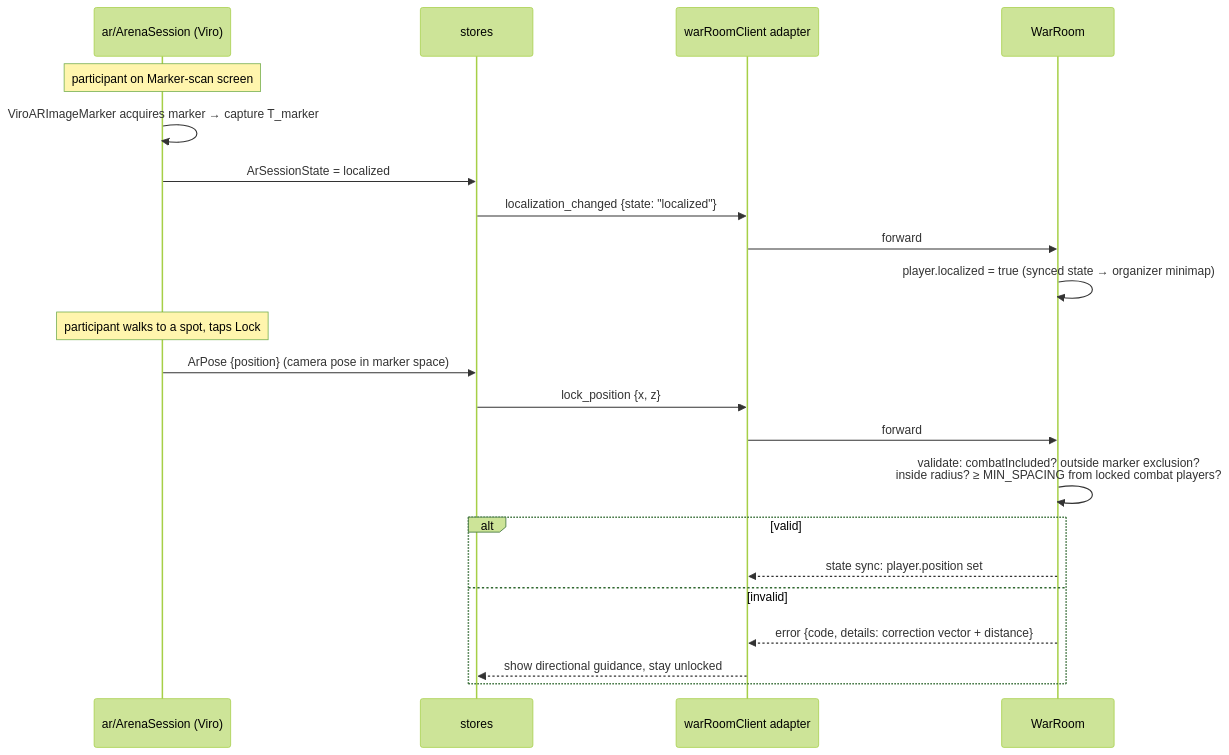
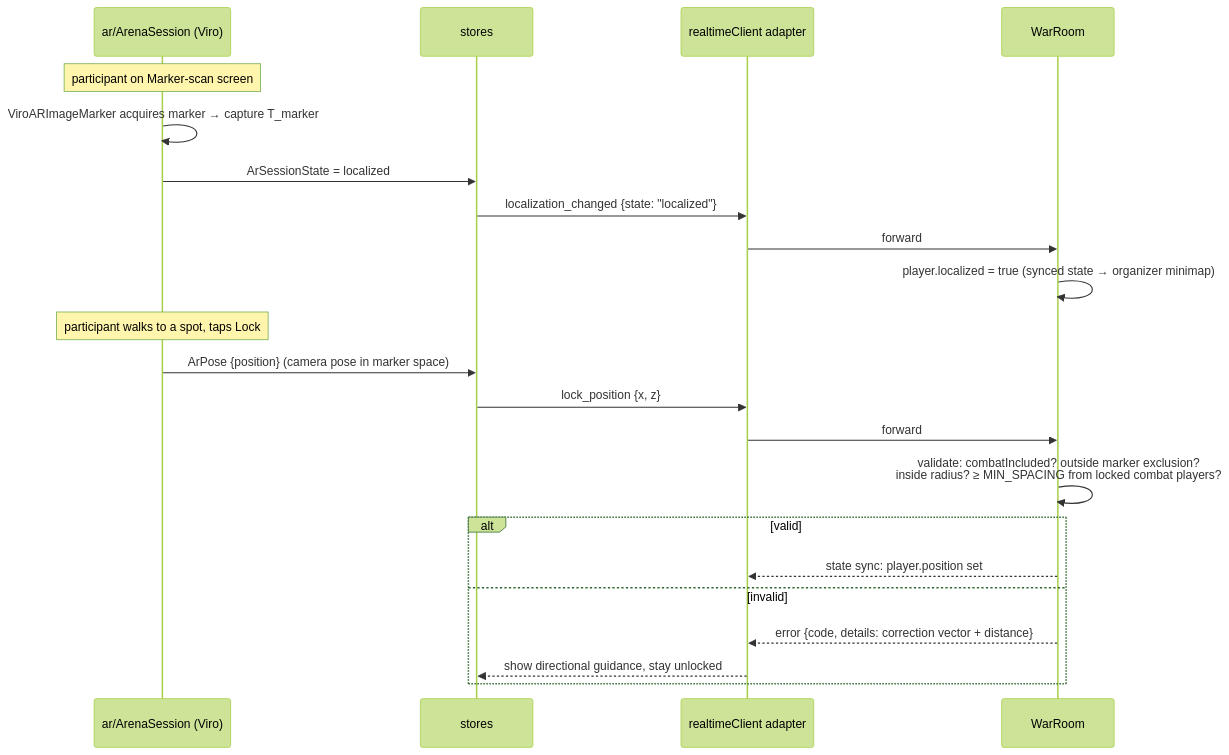
One commit to Vaibtan/CodexWars changed the fourth of 9 diagrams in ARCHITECTURE.md. Above: the diagram before and after it, drawn with Mermaid (forest theme). The commit also changed other lines of this file and 102 other files, not shown here.

````diff
--- a/ARCHITECTURE.md
+++ b/ARCHITECTURE.md
@@ -131,25 +130,25 @@
 ```mermaid
 sequenceDiagram
     participant V as ar/ArenaSession (Viro)
     participant S as stores
-    participant N as warRoomClient adapter
+    participant N as realtimeClient adapter
     participant SRV as WarRoom
 
     Note over V: participant on Marker-scan screen
     V->>V: ViroARImageMarker acquires marker → capture T_marker
     V->>S: ArSessionState = localized
     S->>N: localization_changed {state: "localized"}
     N->>SRV: forward
     SRV->>SRV: player.localized = true (synced state → organizer minimap)
     Note over V: participant walks to a spot, taps Lock
     V->>S: ArPose {position} (camera pose in marker space)
     S->>N: lock_position {x, z}
     N->>SRV: forward
     SRV->>SRV: validate: combatIncluded? outside marker exclusion?<br/>inside radius? ≥ MIN_SPACING from locked combat players?
     alt valid
         SRV-->>N: state sync: player.position set
     else invalid
         SRV-->>N: error {code, details: correction vector + distance}
         N-->>S: show directional guidance, stay unlocked
     end
 ```
````
